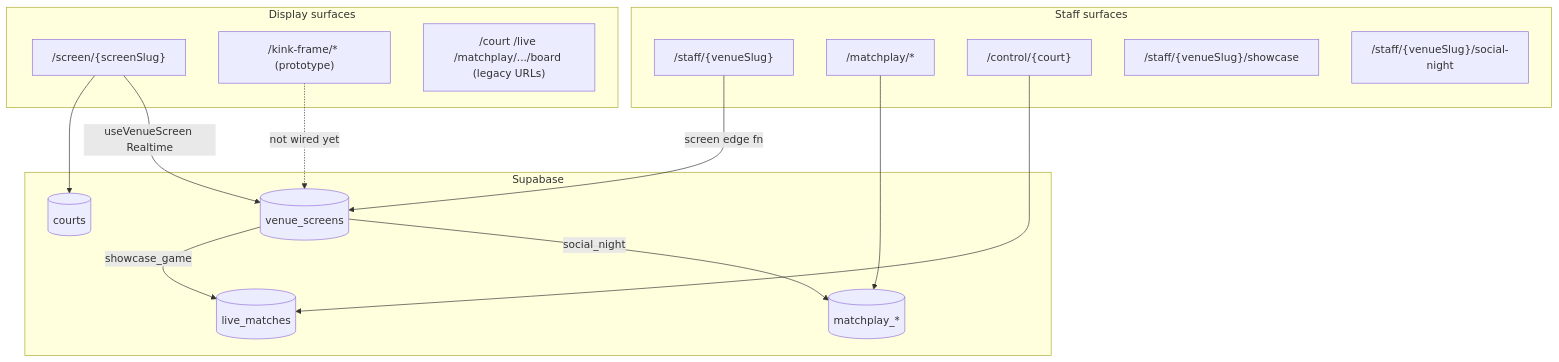
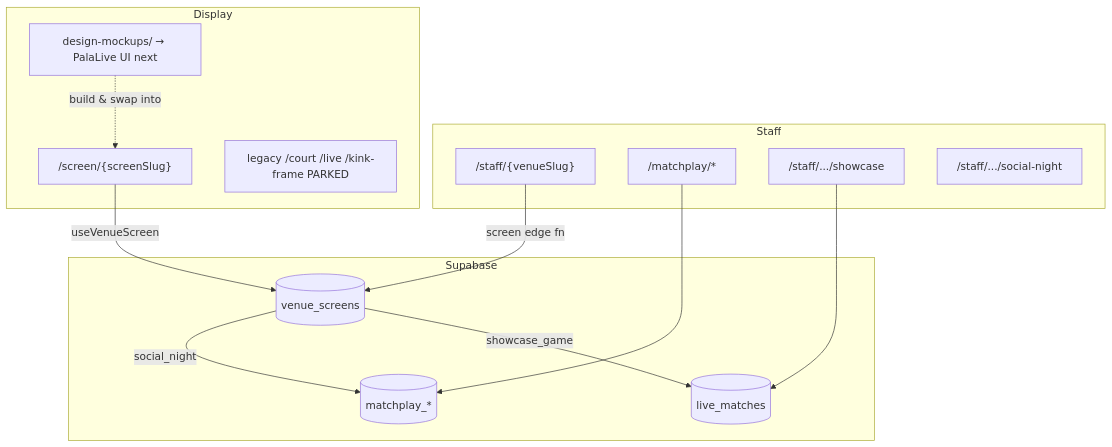
One commit to juicebox-glen/palapoint-v4 changed the diagram in DEVELOPERHANDOVER.md. Above: the diagram before and after it, drawn with Mermaid. The commit also changed other lines of this file and 1 other file, not shown here.

Commit message:
Update handover doc to latest and lock rebuild-brief decision (extend v4, park kink-frame)

````diff
--- a/DEVELOPERHANDOVER.md
+++ b/DEVELOPERHANDOVER.md
@@ -116,32 +149,29 @@
 ```mermaid
 flowchart TB
-  subgraph staff [Staff surfaces]
+  subgraph staff [Staff]
     ST["/staff/{venueSlug}"]
     MP["/matchplay/*"]
-    CP["/control/{court}"]
-    SS["/staff/{venueSlug}/showcase"]
-    SN["/staff/{venueSlug}/social-night"]
+    SS["/staff/.../showcase"]
+    SN["/staff/.../social-night"]
   end
 
-  subgraph display [Display surfaces]
+  subgraph display [Display]
     VS["/screen/{screenSlug}"]
-    KF["/kink-frame/* (prototype)"]
-    LEG["/court /live /matchplay/.../board (legacy URLs)"]
+    MOCK["design-mockups/ → PalaLive UI next"]
+    LEG["legacy /court /live /kink-frame PARKED"]
   end
 
   subgraph db [Supabase]
     VSC[(venue_screens)]
     ME[(matchplay_*)]
     LM[(live_matches)]
-    CO[(courts)]
   end
 
   ST -->|screen edge fn| VSC
   MP --> ME
-  CP --> LM
-  VS -->|useVenueScreen Realtime| VSC
+  SS --> LM
+  VS -->|useVenueScreen| VSC
   VSC -->|social_night| ME
   VSC -->|showcase_game| LM
-  VS --> CO
-  KF -.->|not wired yet| VSC
+  MOCK -.->|build & swap into| VS
 ```
````
